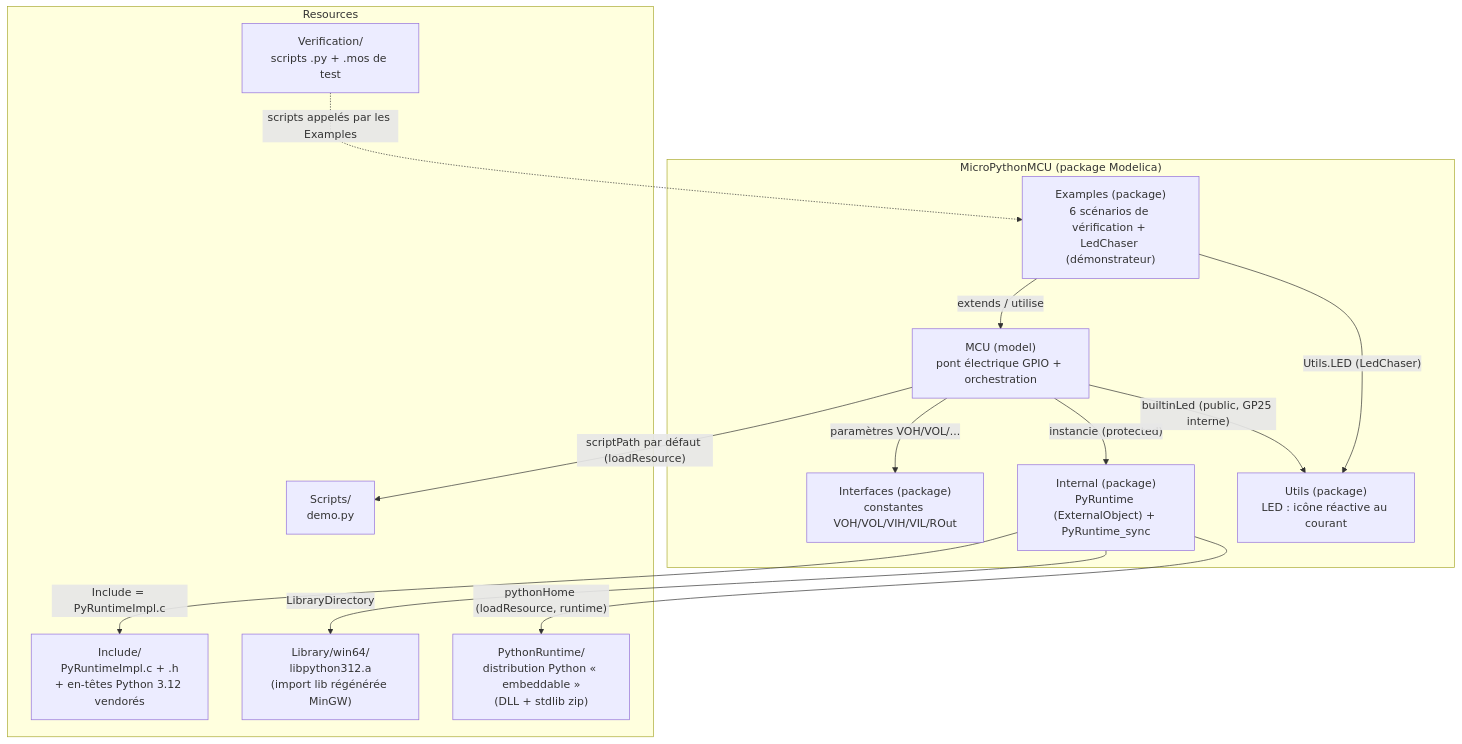
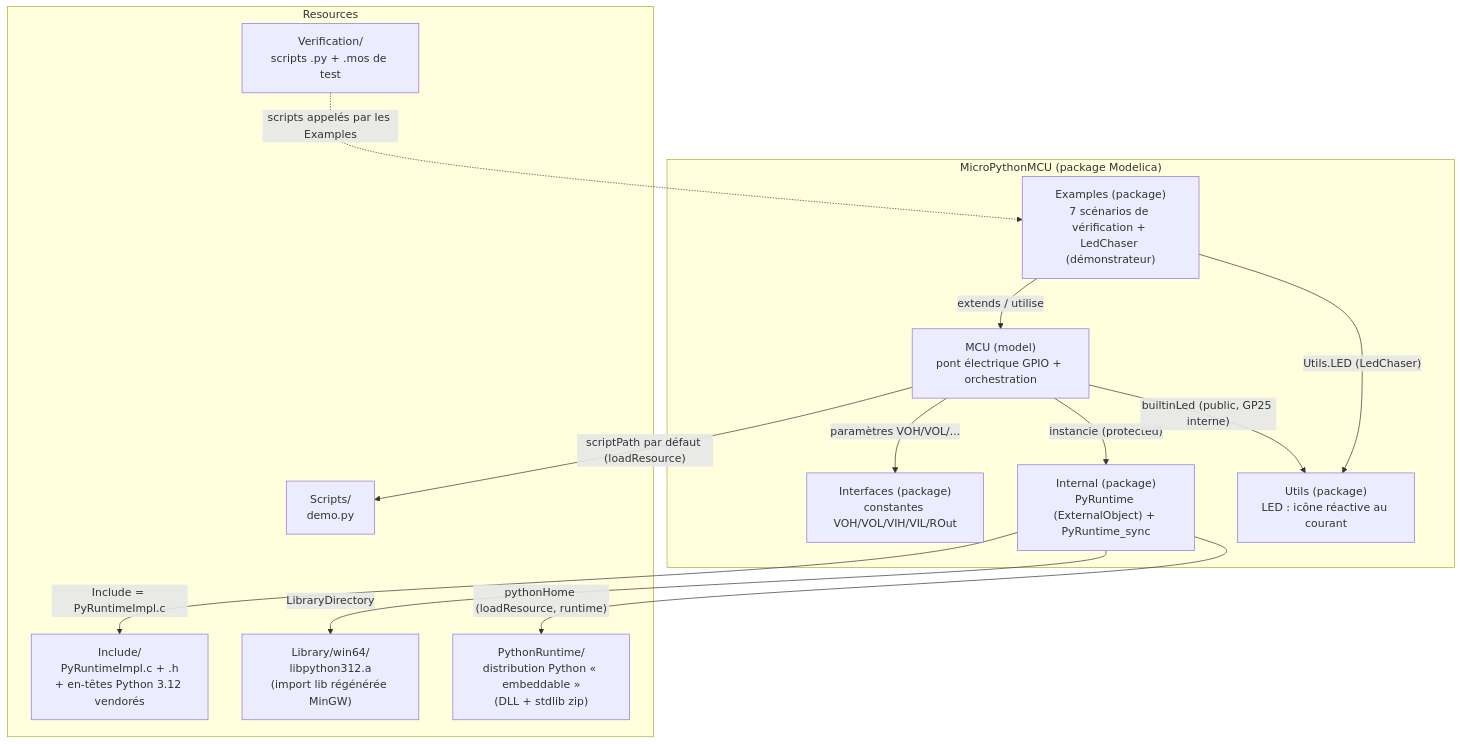
One commit to bdelaup/modelica_micropython changed the diagram in docs/architecture.md. Above: the diagram before and after it, drawn with Mermaid. The commit also changed other lines of this file and 18 other files, not shown here.

````diff
--- a/docs/architecture.md
+++ b/docs/architecture.md
@@ -9,28 +9,28 @@
 ```mermaid
 graph TD
     subgraph LIB["MicroPythonMCU (package Modelica)"]
         MCU["MCU (model)<br/>pont électrique GPIO + orchestration"]
         Interfaces["Interfaces (package)<br/>constantes VOH/VOL/VIH/VIL/ROut"]
         Internal["Internal (package)<br/>PyRuntime (ExternalObject) + PyRuntime_sync"]
         Utils["Utils (package)<br/>LED : icône réactive au courant"]
-        Examples["Examples (package)<br/>6 scénarios de vérification + LedChaser (démonstrateur)"]
+        Examples["Examples (package)<br/>7 scénarios de vérification + LedChaser (démonstrateur)"]
     end
     subgraph RES["Resources"]
         Include["Include/<br/>PyRuntimeImpl.c + .h<br/>+ en-têtes Python 3.12 vendorés"]
         Library["Library/win64/<br/>libpython312.a<br/>(import lib régénérée MinGW)"]
         PythonRuntime["PythonRuntime/<br/>distribution Python « embeddable »<br/>(DLL + stdlib zip)"]
         Scripts["Scripts/<br/>demo.py"]
         Verification["Verification/<br/>scripts .py + .mos de test"]
     end
 
     MCU -- "paramètres VOH/VOL/..." --> Interfaces
     MCU -- "instancie (protected)" --> Internal
     MCU -- "builtinLed (public, GP25 interne)" --> Utils
     Examples -- "extends / utilise" --> MCU
     Examples -- "Utils.LED (LedChaser)" --> Utils
     Internal -- "Include = PyRuntimeImpl.c" --> Include
     Internal -- "LibraryDirectory" --> Library
     Internal -- "pythonHome (loadResource, runtime)" --> PythonRuntime
     MCU -- "scriptPath par défaut (loadResource)" --> Scripts
     Verification -. "scripts appelés par les Examples" .-> Examples
 ```
````
